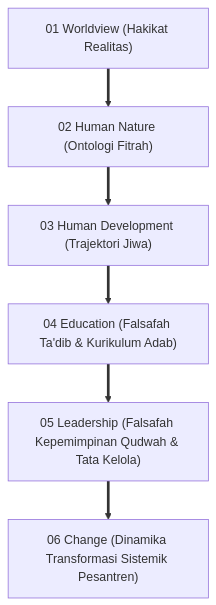
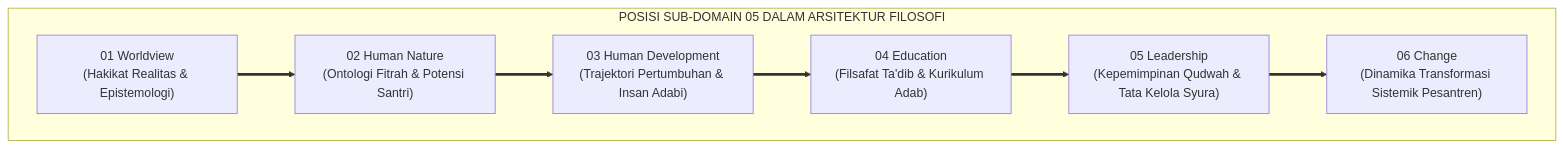
The first of 4 diagrams in 01 Philosophy/05 Leadership/P1-05-Leadership-TUMBUH.md (wandiapriliyandi/tumbuh), drawn with Mermaid before and after one commit. The commit also changed other lines of this file and 7 other files, not shown here.

````diff
--- a/01 Philosophy/05 Leadership/P1-05-Leadership-TUMBUH.md
+++ b/01 Philosophy/05 Leadership/P1-05-Leadership-TUMBUH.md
@@ -50,13 +55,15 @@
 ```mermaid
-graph TD
-    WV["01 Worldview (Hakikat Realitas)"] 
-    ==> HN["02 Human Nature (Ontologi Fitrah)"]
-    
-    HN ==> HD["03 Human Development (Trajektori Jiwa)"]
-    
-    HD ==> ED["04 Education (Falsafah Ta'dib & Kurikulum Adab)"]
-    
-    ED ==> LD["05 Leadership (Falsafah Kepemimpinan Qudwah & Tata Kelola)"]
-    
-    LD ==> CH["06 Change (Dinamika Transformasi Sistemik Pesantren)"]
+flowchart TD
+    subgraph PosisiLeadershipTUMBUH["POSISI SUB-DOMAIN 05 DALAM ARSITEKTUR FILOSOFI"]
+        WV["01 Worldview<br/>(Hakikat Realitas & Epistemologi)"] 
+        ==> HN["02 Human Nature<br/>(Ontologi Fitrah & Potensi Santri)"]
+        
+        HN ==> HD["03 Human Development<br/>(Trajektori Pertumbuhan & Insan Adabi)"]
+        
+        HD ==> ED["04 Education<br/>(Filsafat Ta'dib & Kurikulum Adab)"]
+        
+        ED ==> LD["05 Leadership<br/>(Kepemimpinan Qudwah & Tata Kelola Syura)"]
+        
+        LD ==> CH["06 Change<br/>(Dinamika Transformasi Sistemik Pesantren)"]
+    end
 ```
````
